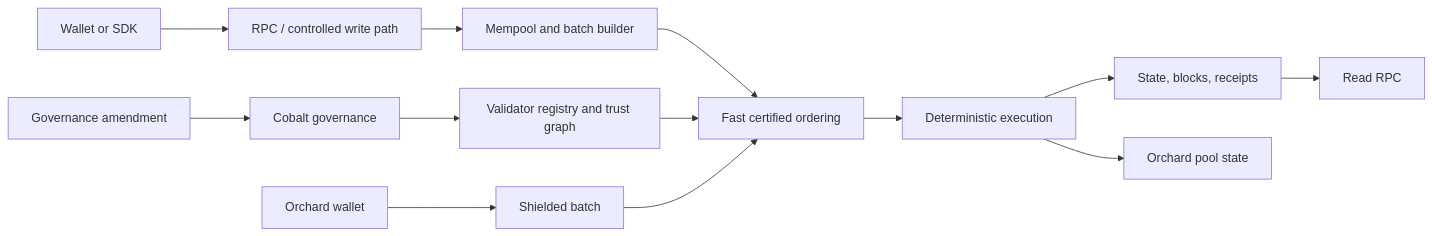
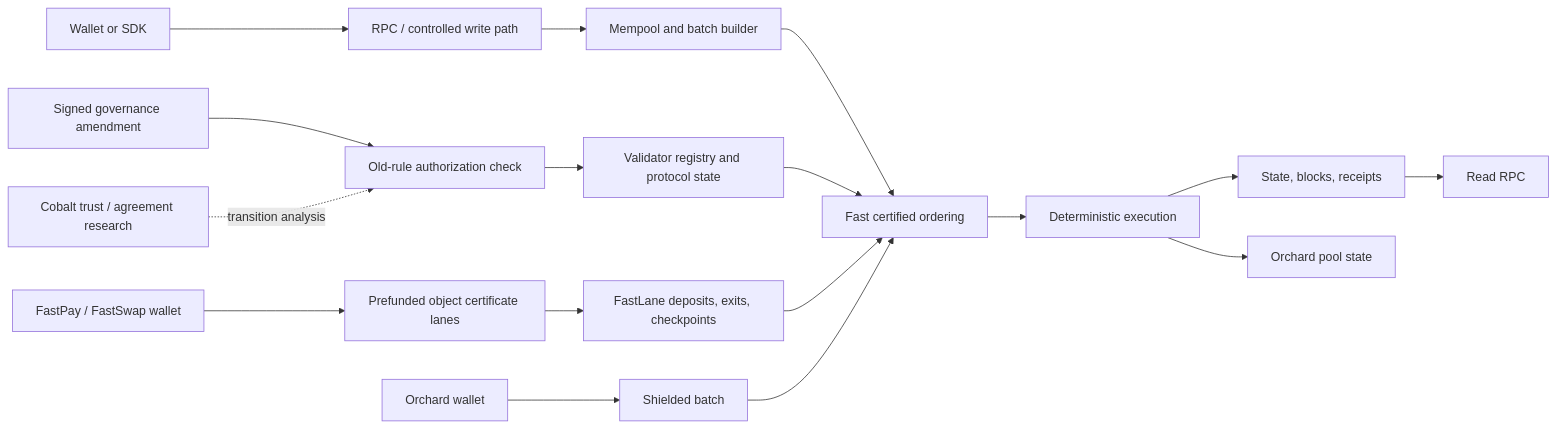
The first of 2 diagrams in docs/architecture/overview.md (postfiatorg/postfiatl1v2), drawn with Mermaid before and after one commit. The commit also changed other lines of this file and 22 other files, not shown here.

````diff
--- a/docs/architecture/overview.md
+++ b/docs/architecture/overview.md
@@ -9,17 +12,22 @@
 ```mermaid
 flowchart LR
   Wallet[Wallet or SDK] --> RPC[RPC / controlled write path]
   RPC --> Mempool[Mempool and batch builder]
   Mempool --> Ordering[Fast certified ordering]
   Ordering --> Execution[Deterministic execution]
   Execution --> Storage[State, blocks, receipts]
   Storage --> ReadRPC[Read RPC]
 
-  GovInput[Governance amendment] --> Cobalt[Cobalt governance]
-  Cobalt --> Registry[Validator registry and trust graph]
+  GovInput[Signed governance amendment] --> OldRule[Old-rule authorization check]
+  OldRule --> Registry[Validator registry and protocol state]
   Registry --> Ordering
+  Cobalt[Cobalt trust / agreement research] -. transition analysis .-> OldRule
+
+  FastWallet[FastPay / FastSwap wallet] --> ObjectLane[Prefunded object certificate lanes]
+  ObjectLane --> Primary[FastLane deposits, exits, checkpoints]
+  Primary --> Ordering
 
   PrivacyWallet[Orchard wallet] --> PrivacyBatch[Shielded batch]
   PrivacyBatch --> Ordering
   Execution --> OrchardPool[Orchard pool state]
 ```
````
